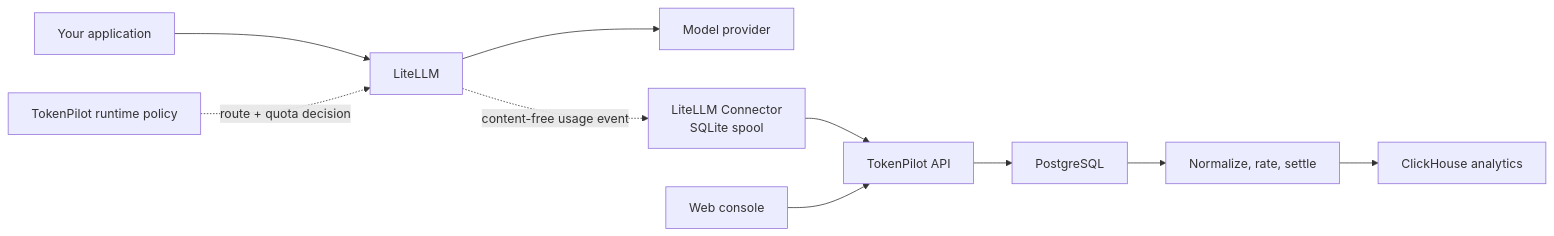
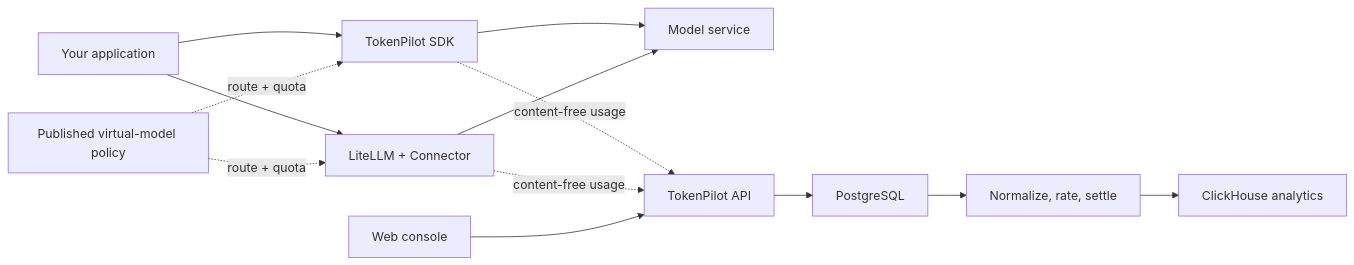
Before and after one commit to leconio/TokenPilot: the diagram in README.md, drawn with Mermaid. The commit also changed other lines of this file and 286 other files, not shown here.

Commit message:
feat: unify model routing and SDK execution

````diff
--- a/README.md
+++ b/README.md
@@ -46,12 +48,15 @@
 ```mermaid
 flowchart LR
-  APP["Your application"] --> LLM["LiteLLM"]
-  POLICY["TokenPilot runtime policy"] -. "route + quota decision" .-> LLM
-  LLM --> PROVIDER["Model provider"]
-  LLM -. "content-free usage event" .-> CONNECTOR["LiteLLM Connector\nSQLite spool"]
-  CONNECTOR --> API["TokenPilot API"]
+  APP["Your application"] --> SDK["TokenPilot SDK"]
+  APP --> LLM["LiteLLM + Connector"]
+  POLICY["Published virtual-model policy"] -. "route + quota" .-> SDK
+  POLICY -. "route + quota" .-> LLM
+  SDK --> PROVIDER["Model service"]
+  LLM --> PROVIDER
+  SDK -. "content-free usage" .-> API["TokenPilot API"]
+  LLM -. "content-free usage" .-> API
   API --> PG["PostgreSQL"]
   PG --> WORKER["Normalize, rate, settle"]
   WORKER --> CH["ClickHouse analytics"]
   WEB["Web console"] --> API
 ```
````
